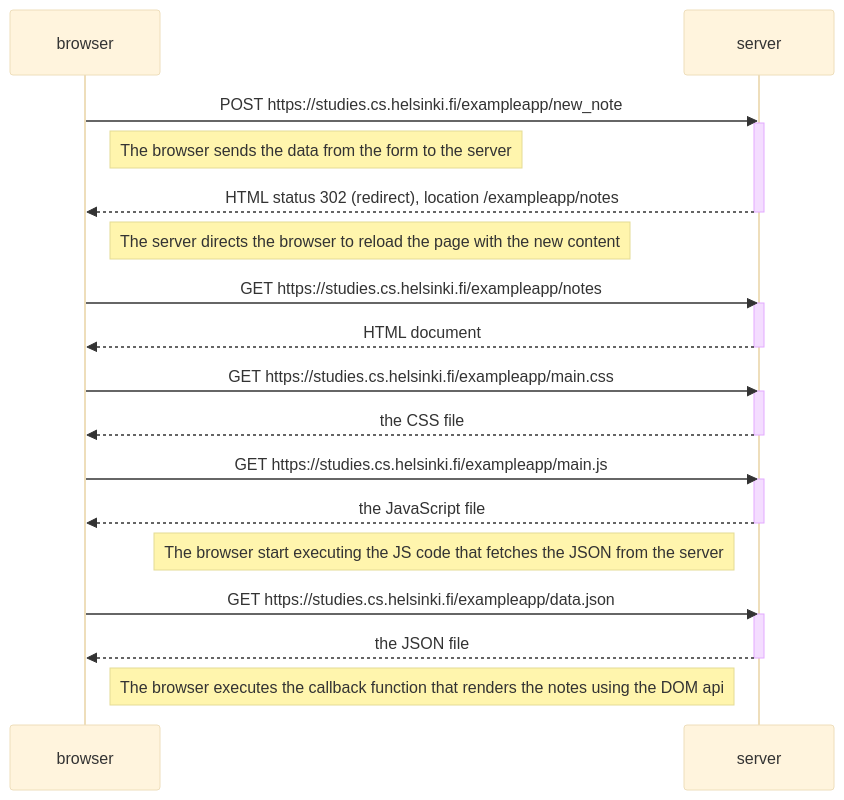
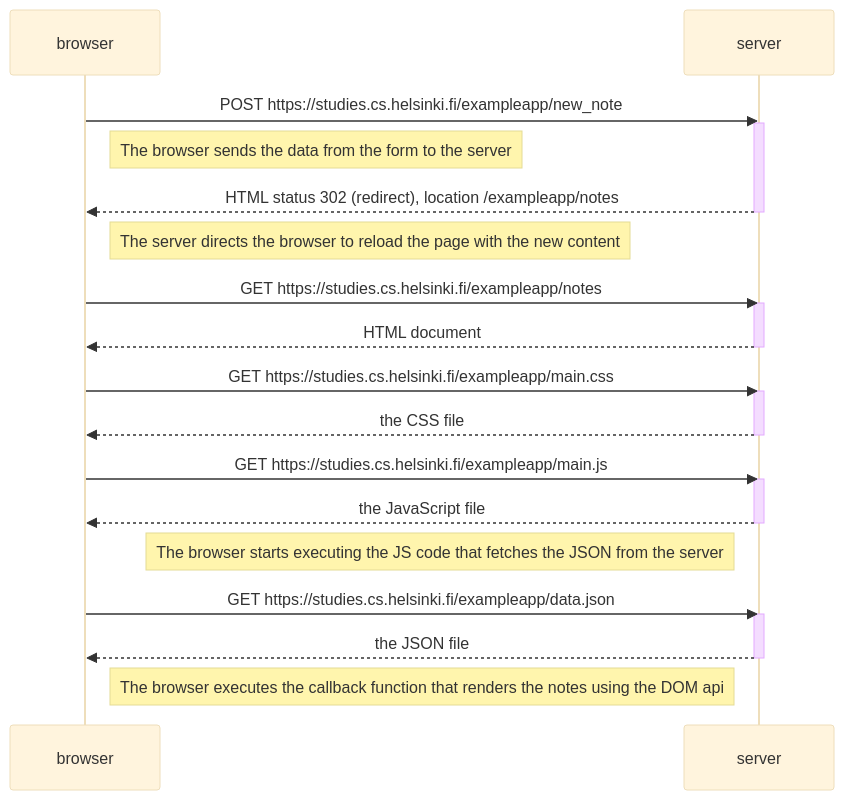
Before and after one commit to Mersikka/full-stack-open: the diagram in part0/tehtava4.md, drawn with Mermaid (base theme).

Commit message:
Fix typo in exercise 4

````diff
--- a/part0/tehtava4.md
+++ b/part0/tehtava4.md
@@ -1,39 +1,39 @@
 ```mermaid
 sequenceDiagram
     participant browser
     participant server
 
     browser->>server: POST https://studies.cs.helsinki.fi/exampleapp/new_note
     activate server
 
     note right of browser: The browser sends the data from the form to the server
 
     server-->>browser: HTML status 302 (redirect), location /exampleapp/notes
     deactivate server
 
     note right of browser: The server directs the browser to reload the page with the new content
 
     browser->>server: GET https://studies.cs.helsinki.fi/exampleapp/notes
     activate server
     server-->>browser: HTML document
     deactivate server
 
     browser->>server: GET https://studies.cs.helsinki.fi/exampleapp/main.css
     activate server
     server-->>browser: the CSS file
     deactivate server
 
     browser->>server: GET https://studies.cs.helsinki.fi/exampleapp/main.js
     activate server
     server-->>browser: the JavaScript file
     deactivate server
 
-    note left of server: The browser start executing the JS code that fetches the JSON from the server
+    note left of server: The browser starts executing the JS code that fetches the JSON from the server
 
     browser->>server: GET https://studies.cs.helsinki.fi/exampleapp/data.json
     activate server
     server-->>browser: the JSON file
     deactivate server
 
     note right of browser: The browser executes the callback function that renders the notes using the DOM api
 ```
````
